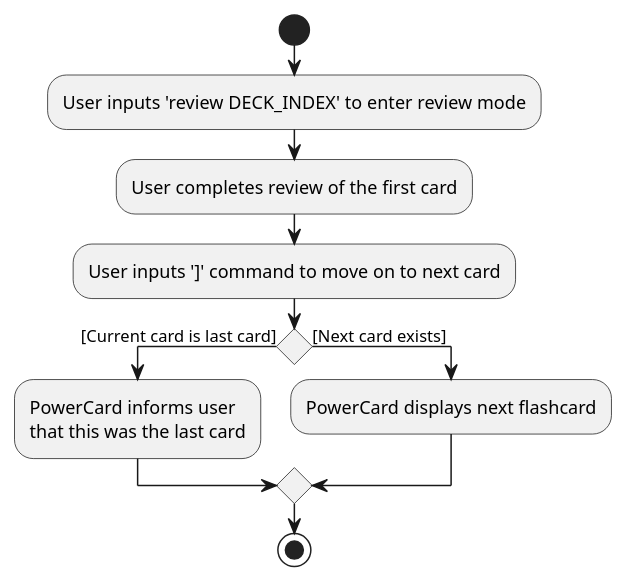
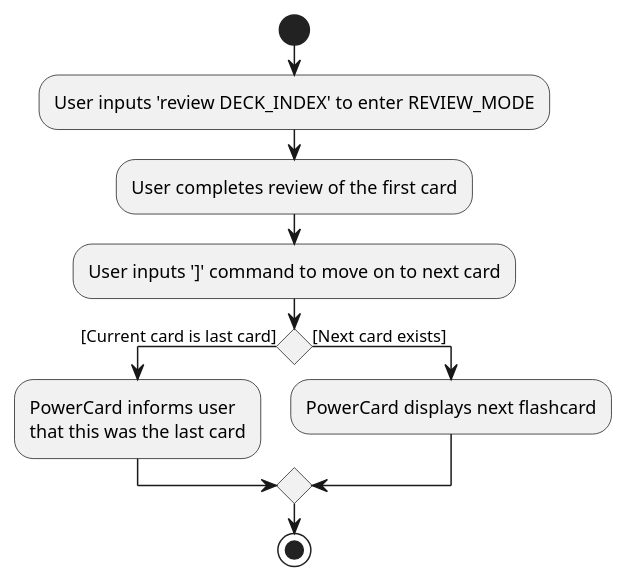
One commit to nus-cs2103-AY2223S2/tp changed the diagram in docs/diagrams/NextCardReviewActivityDiagram.puml. Above: the diagram before and after it, drawn with PlantUML. The commit also changed 10 other files, not shown here.

```diff
--- a/docs/diagrams/NextCardReviewActivityDiagram.puml
+++ b/docs/diagrams/NextCardReviewActivityDiagram.puml
@@ -1,18 +1,18 @@
 @startuml
 
 start
-:User inputs 'review DECK_INDEX' to enter review mode;
+:User inputs 'review DECK_INDEX' to enter REVIEW_MODE;
 :User completes review of the first card;
 :User inputs ']' command to move on to next card;
 
 if () then ([Current card is last card])
     :PowerCard informs user
     that this was the last card;
 else ([Next card exists])
     :PowerCard displays next flashcard;
 
 
 endif
 
 stop
 @enduml
```
